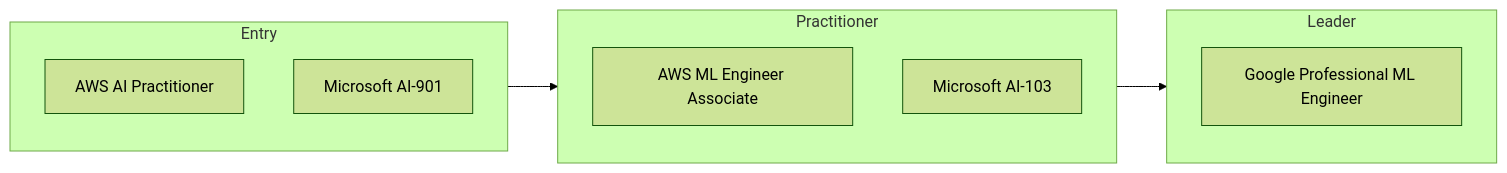
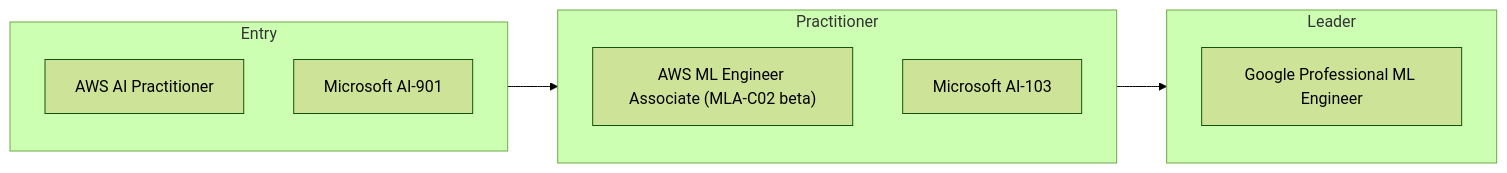
The diagram in ai-ml.md (bimal-mobile-dev/certification-roadmaps), drawn with Mermaid (forest theme) before and after one commit. The commit also changed other lines of this file and 1 other file, not shown here.

````diff
--- a/ai-ml.md
+++ b/ai-ml.md
@@ -5,16 +5,16 @@
 ```mermaid
 flowchart LR
   subgraph L0["Entry"]
     ai-00["AWS AI Practitioner"]
     ai-01["Microsoft AI-901"]
   end
   subgraph L1["Practitioner"]
-    ai-10["AWS ML Engineer Associate"]
+    ai-10["AWS ML Engineer Associate (MLA-C02 beta)"]
     ai-11["Microsoft AI-103"]
   end
   subgraph L2["Leader"]
     ai-20["Google Professional ML Engineer"]
   end
   L0 --> L1
   L1 --> L2
 ```
````
